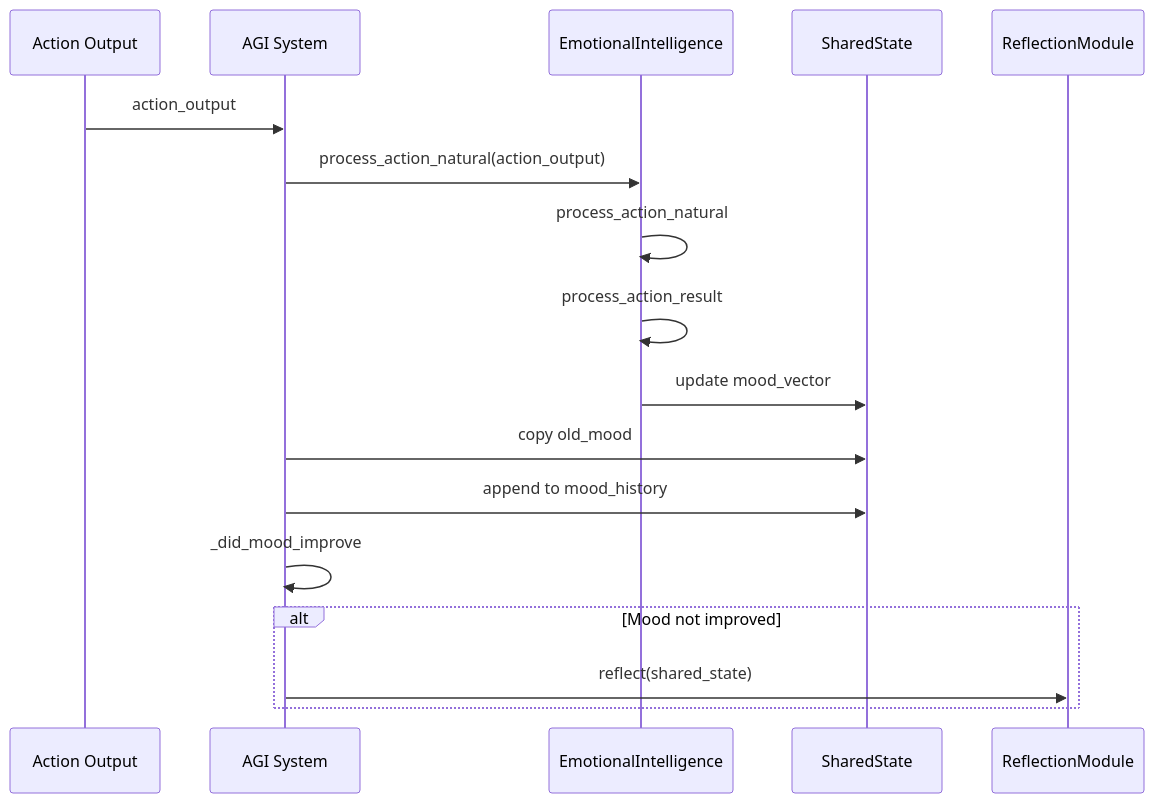
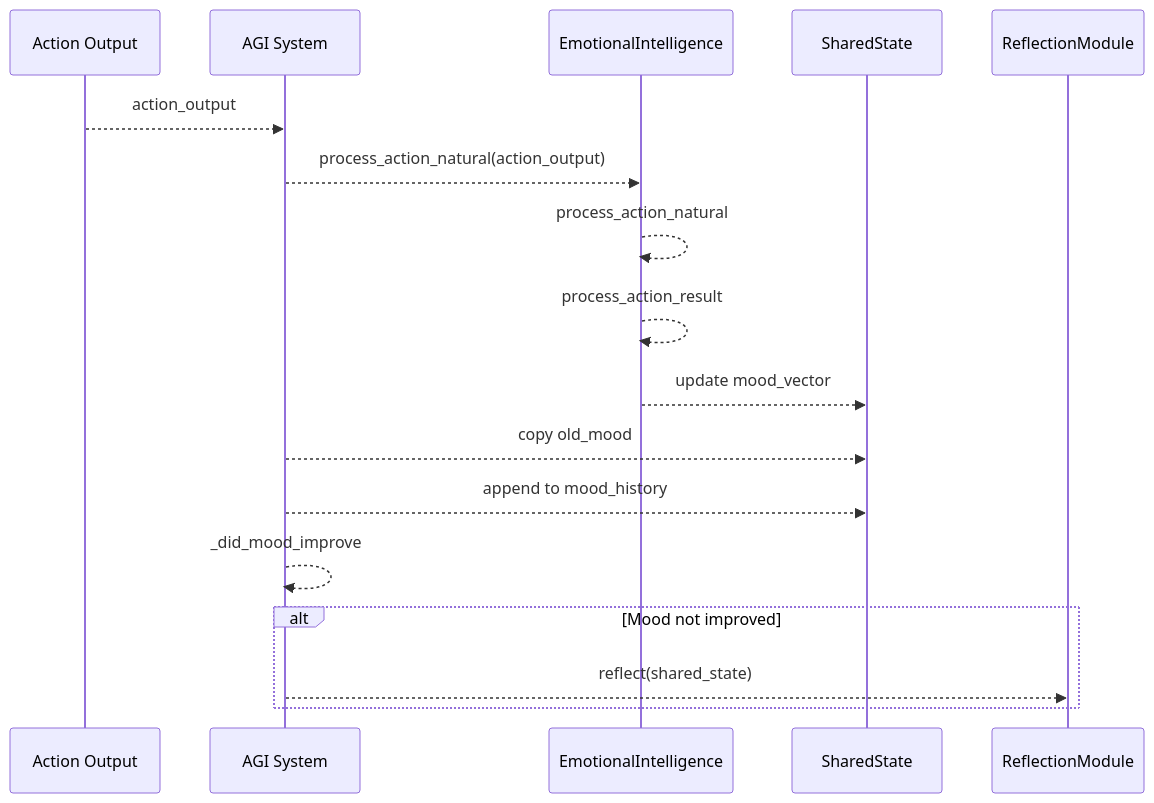
Before and after one commit to Likhithsai2580/RAVANA-WIKI: the second of 6 diagrams in docs/Architecture & Design/Key Design Patterns/Observer Pattern for State Monitoring.md, drawn with Mermaid. The commit also changed other lines of this file and 32 other files, not shown here.

First line of the commit message:
feat(mermaid): enhance Mermaid diagram rendering and debugging support

````diff
--- a/docs/Architecture & Design/Key Design Patterns/Observer Pattern for State Monitoring.md
+++ b/docs/Architecture & Design/Key Design Patterns/Observer Pattern for State Monitoring.md
@@ -91,19 +91,19 @@
 ```mermaid
 sequenceDiagram
 participant Action as Action Output
 participant System as AGI System
 participant EI as EmotionalIntelligence
 participant State as SharedState
 participant Reflection as ReflectionModule
-Action->>System : action_output
-System->>EI : process_action_natural(action_output)
-EI->>EI : process_action_natural
-EI->>EI : process_action_result
-EI->>State : update mood_vector
-System->>State : copy old_mood
-System->>State : append to mood_history
-System->>System : _did_mood_improve
+Action-->>System : action_output
+System-->>EI : process_action_natural(action_output)
+EI-->>EI : process_action_natural
+EI-->>EI : process_action_result
+EI-->>State : update mood_vector
+System-->>State : copy old_mood
+System-->>State : append to mood_history
+System-->>System : _did_mood_improve
 alt Mood not improved
-System->>Reflection : reflect(shared_state)
+System-->>Reflection : reflect(shared_state)
 end
 ```
````
